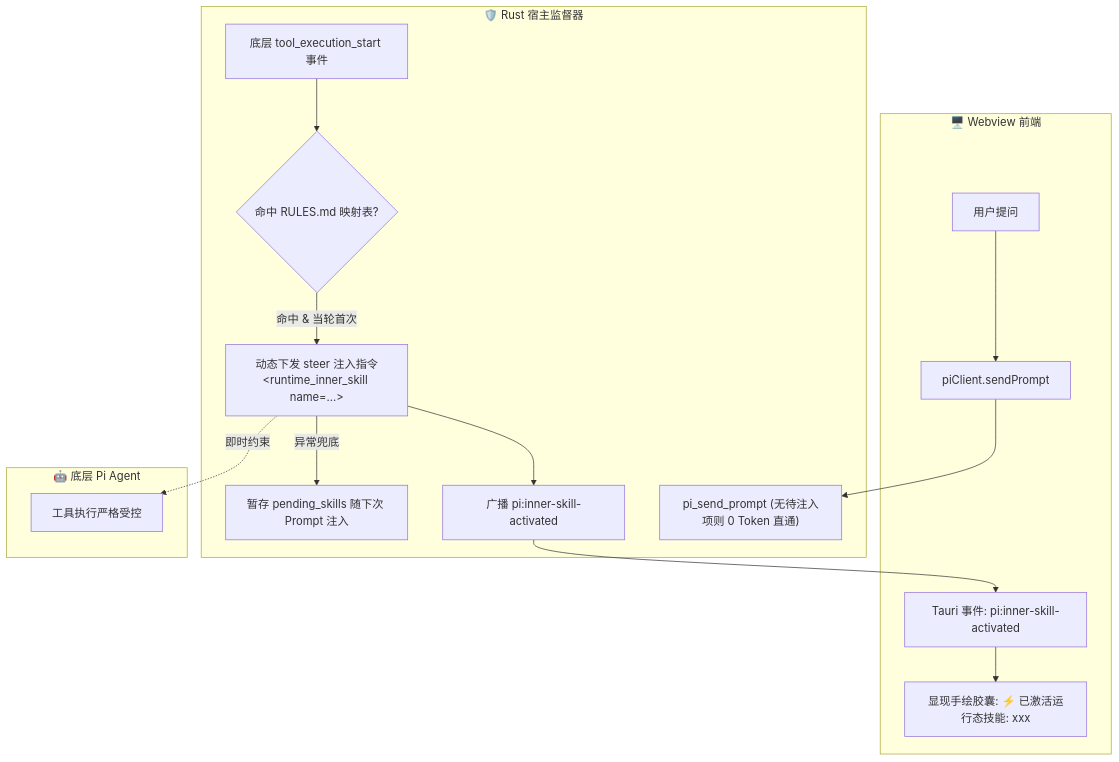
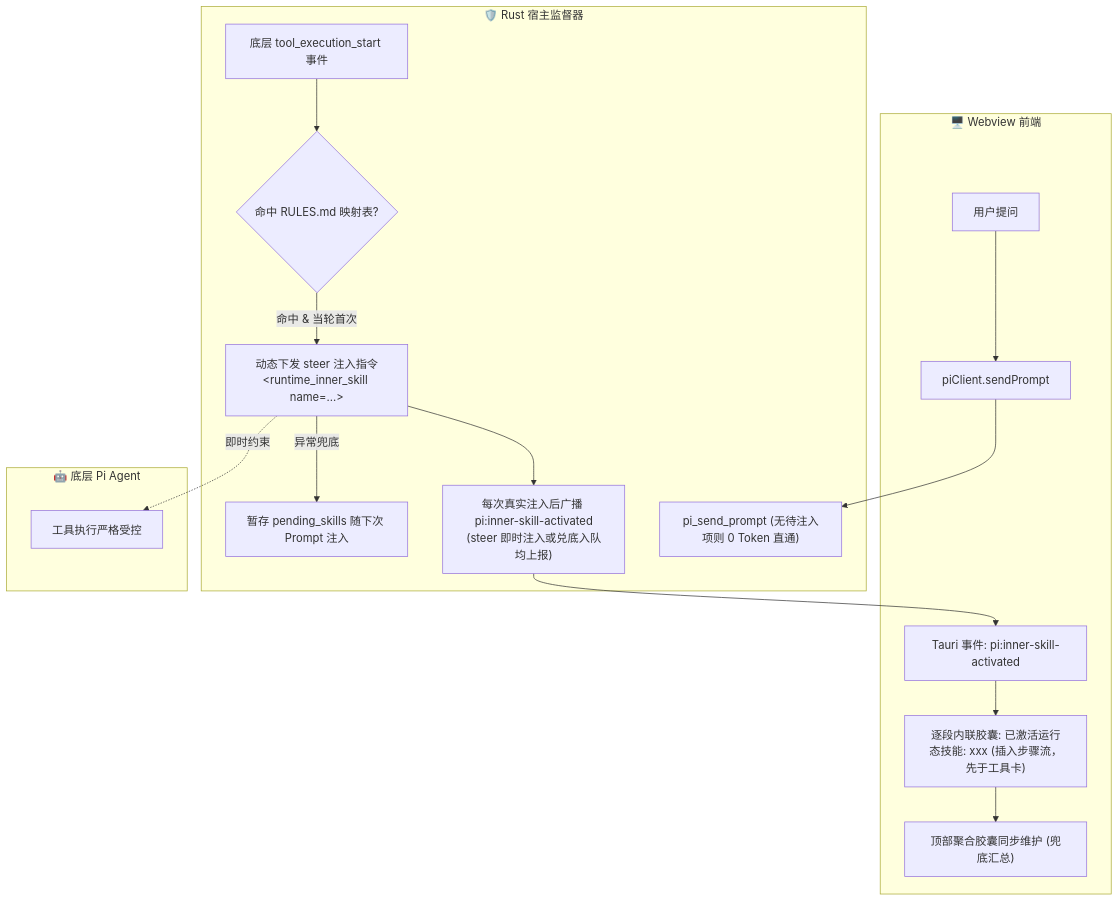
The diagram in .agents/skills/inner-skills-injection/SKILL.md (jiangyinluwei/pi-desktop-lite), drawn with Mermaid before and after one commit. The commit also changed other lines of this file and 3 other files, not shown here.

Commit message:
feat: implement Flow interaction UI and runtime injection system for conversational pipelines

````diff
--- a/.agents/skills/inner-skills-injection/SKILL.md
+++ b/.agents/skills/inner-skills-injection/SKILL.md
@@ -22,20 +22,21 @@
 ```mermaid
 flowchart TD
     subgraph Frontend ["🖥️ Webview 前端"]
         UserInput["用户提问"] --> ClientSend["piClient.sendPrompt"]
-        EventSkill["Tauri 事件: pi:inner-skill-activated"] --> ShowCapsule["显现手绘胶囊: ⚡ 已激活运行态技能: xxx"]
+        EventSkill["Tauri 事件: pi:inner-skill-activated"] --> InlineCapsule["逐段内联胶囊: 已激活运行态技能: xxx (插入步骤流，先于工具卡)"]
+        InlineCapsule --> TopCapsule["顶部聚合胶囊同步维护 (兜底汇总)"]
     end
 
     subgraph RustSupervisor ["🛡️ Rust 宿主监督器"]
         ClientSend --> CmdPrompt["pi_send_prompt (无待注入项则 0 Token 直通)"]
         ToolHook["底层 tool_execution_start 事件"] --> HookCheck{"命中 RULES.md 映射表?"}
         HookCheck -- 命中 & 当轮首次 --> DoSteer["动态下发 steer 注入指令<br/>&lt;runtime_inner_skill name=...&gt;"]
-        DoSteer --> EmitEvent["广播 pi:inner-skill-activated"]
+        DoSteer --> EmitEvent["每次真实注入后广播 pi:inner-skill-activated<br/>(steer 即时注入或兑底入队均上报)"]
         EmitEvent --> EventSkill
         DoSteer -- 异常兜底 --> QueuePrompt["暂存 pending_skills 随下次 Prompt 注入"]
     end
 
     subgraph PiProcess ["🤖 底层 Pi Agent"]
         DoSteer -.->|即时约束| PiEngine["工具执行严格受控"]
     end
 ```
````
